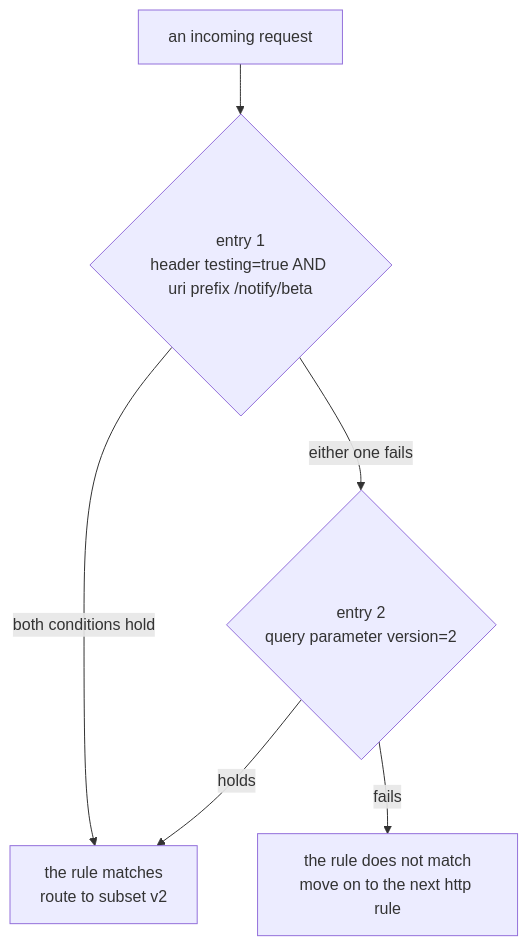
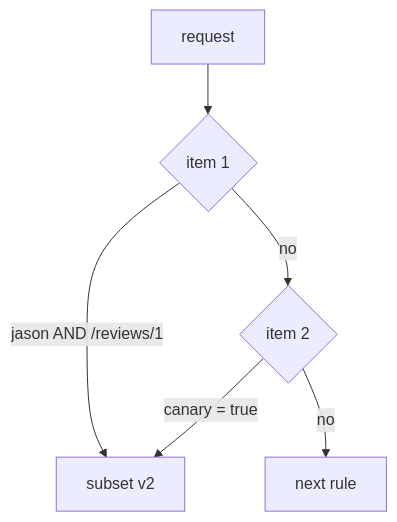
One commit to astrona-io/ATS014 changed the second of 2 diagrams in sections/section-010/module-01/course-02-matching-a-request.md. Above: the diagram before and after it, drawn with Mermaid. The commit also changed other lines of this file and 444 other files, not shown here.

````diff
--- a/sections/section-010/module-01/course-02-matching-a-request.md
+++ b/sections/section-010/module-01/course-02-matching-a-request.md
@@ -188,8 +280,8 @@
 ```mermaid
-flowchart TD
-    Q["an incoming request"] --> E1{"entry 1<br/>header testing=true AND uri prefix /notify/beta"}
-    E1 -->|"both conditions hold"| M["the rule matches<br/>route to subset v2"]
-    E1 -->|"either one fails"| E2{"entry 2<br/>query parameter version=2"}
-    E2 -->|"holds"| M
-    E2 -->|"fails"| N["the rule does not match<br/>move on to the next http rule"]
+flowchart TB
+    Q["request"] --> E1{"item 1"}
+    E1 -->|"jason AND /reviews/1"| M["subset v2"]
+    E1 -->|"no"| E2{"item 2"}
+    E2 -->|"canary = true"| M
+    E2 -->|"no"| N["next rule"]
 ```
````
